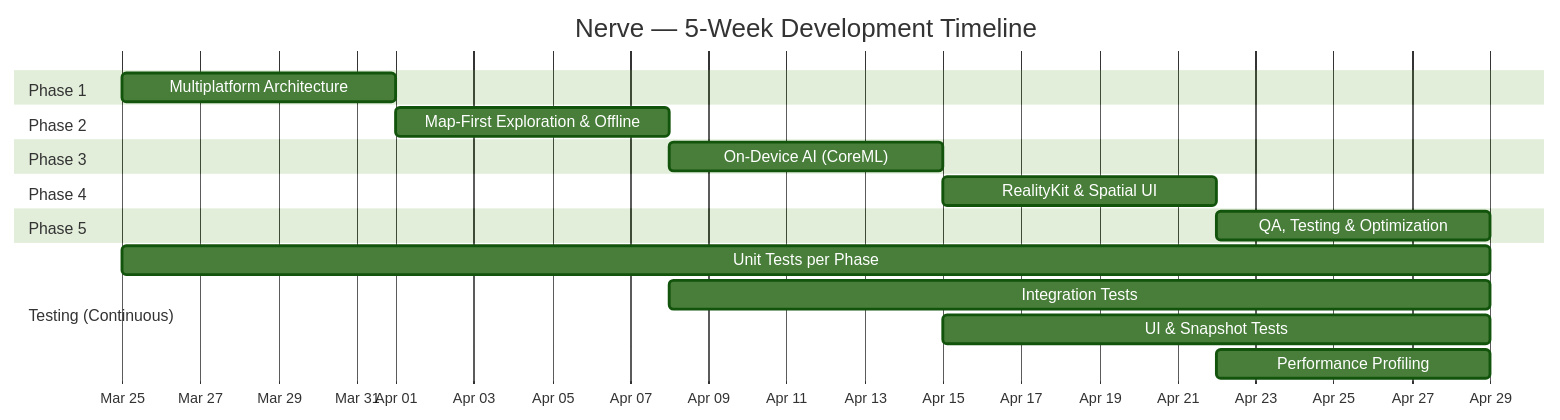
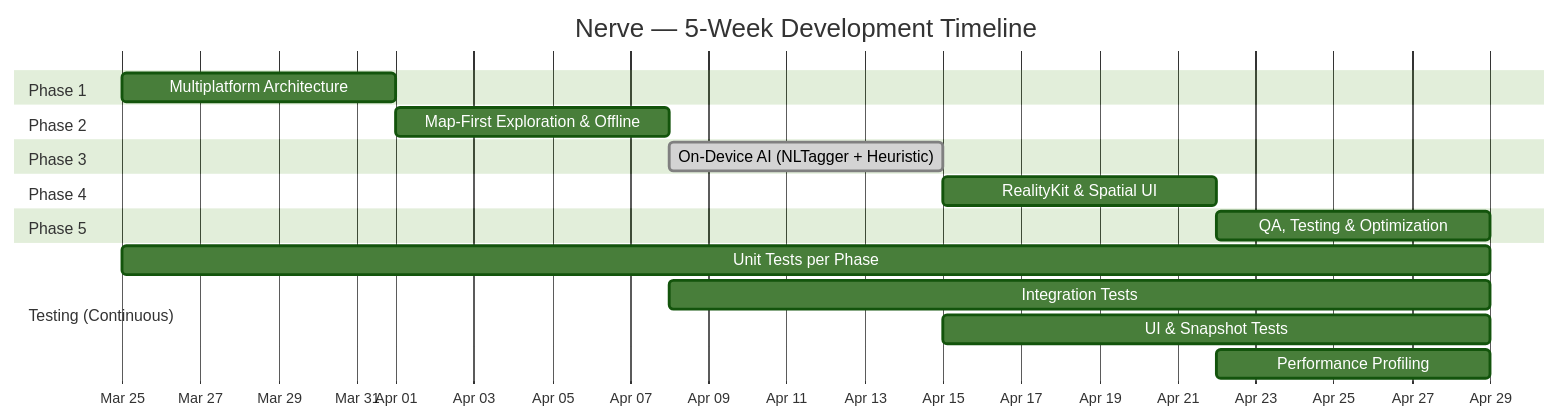
The first of 2 diagrams in DEVELOPMENT_ROADMAP.md (MrDavudGunduz/Nerve), drawn with Mermaid (forest theme) before and after one commit. The commit also changed other lines of this file and 17 other files, not shown here.

````diff
--- a/DEVELOPMENT_ROADMAP.md
+++ b/DEVELOPMENT_ROADMAP.md
@@ -11,27 +11,27 @@
 ```mermaid
 gantt
     title Nerve — 5-Week Development Timeline
     dateFormat  YYYY-MM-DD
     axisFormat  %b %d
 
     section Phase 1
     Multiplatform Architecture    :p1, 2026-03-25, 7d
 
     section Phase 2
     Map-First Exploration & Offline :p2, after p1, 7d
 
     section Phase 3
-    On-Device AI (CoreML)          :p3, after p2, 7d
+    On-Device AI (NLTagger + Heuristic)  :done, p3, after p2, 7d
 
     section Phase 4
     RealityKit & Spatial UI        :p4, after p3, 7d
 
     section Phase 5
     QA, Testing & Optimization     :p5, after p4, 7d
 
     section Testing (Continuous)
     Unit Tests per Phase           :t1, 2026-03-25, 35d
     Integration Tests              :t2, after p2, 21d
     UI & Snapshot Tests            :t3, after p3, 14d
     Performance Profiling          :t4, after p4, 7d
 ```
````
